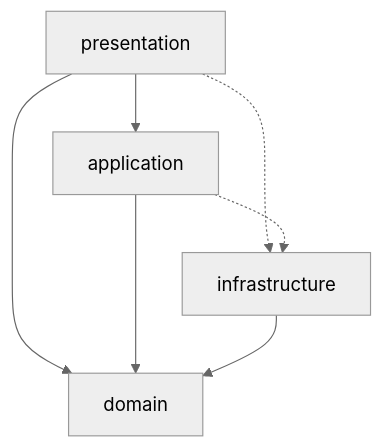
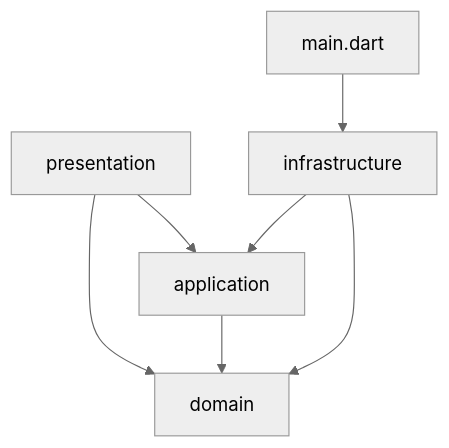
The diagram in .moai/project/structure.md (wall72/summing-flutter), drawn with Mermaid (neutral theme) before and after one commit. The commit also changed other lines of this file and 9 other files, not shown here.

````diff
--- a/.moai/project/structure.md
+++ b/.moai/project/structure.md
@@ -40,9 +43,9 @@
 ```mermaid
 flowchart TD
   P[presentation] --> A[application]
   P --> D[domain]
-  P -.-> I[infrastructure]
   A --> D
-  A -.-> I
+  I[infrastructure] --> A
   I --> D
+  M[main.dart] --> I
 ```
````
